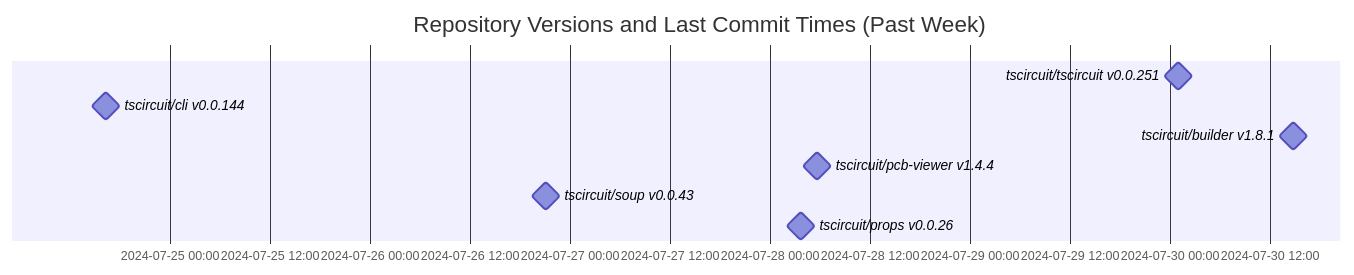
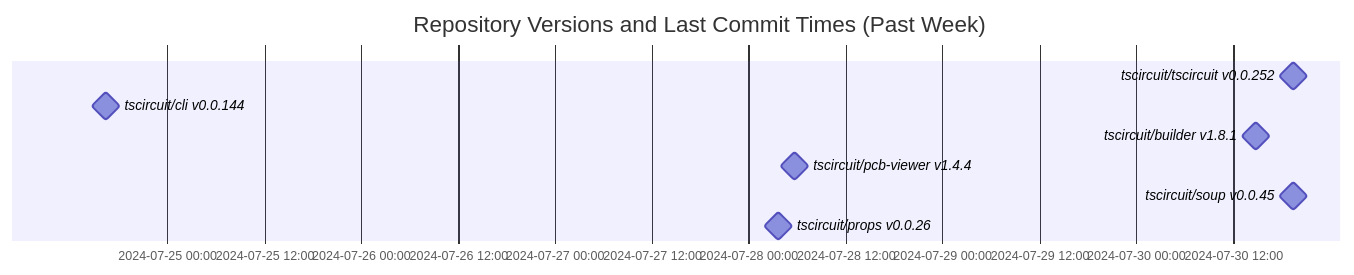
One commit to tscircuit/version-tracker changed the diagram in README.md. Above: the diagram before and after it, drawn with Mermaid.

Commit message:
Update chart

````diff
--- a/README.md
+++ b/README.md
@@ -1,13 +1,13 @@
 ```mermaid
 gantt
   dateFormat  YYYY-MM-DD HH:mm:ss
   title Repository Versions and Last Commit Times (Past Week)
   axisFormat %Y-%m-%d %H:%M
 
-  tscircuit/tscircuit v0.0.251 : milestone, 2024-07-30 01:00:56, 1s
+  tscircuit/tscircuit v0.0.252 : milestone, 2024-07-30 19:30:25, 1s
   tscircuit/cli v0.0.144 : milestone, 2024-07-24 16:24:13, 1s
   tscircuit/builder v1.8.1 : milestone, 2024-07-30 14:51:26, 1s
   tscircuit/pcb-viewer v1.4.4 : milestone, 2024-07-28 05:46:25, 1s
-  tscircuit/soup v0.0.43 : milestone, 2024-07-26 21:15:18, 1s
+  tscircuit/soup v0.0.45 : milestone, 2024-07-30 19:26:24, 1s
   tscircuit/props v0.0.26 : milestone, 2024-07-28 03:42:14, 1s
 ```
````
